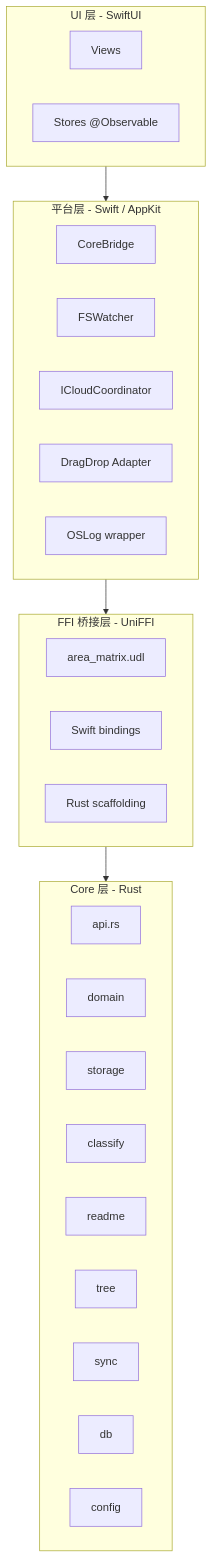
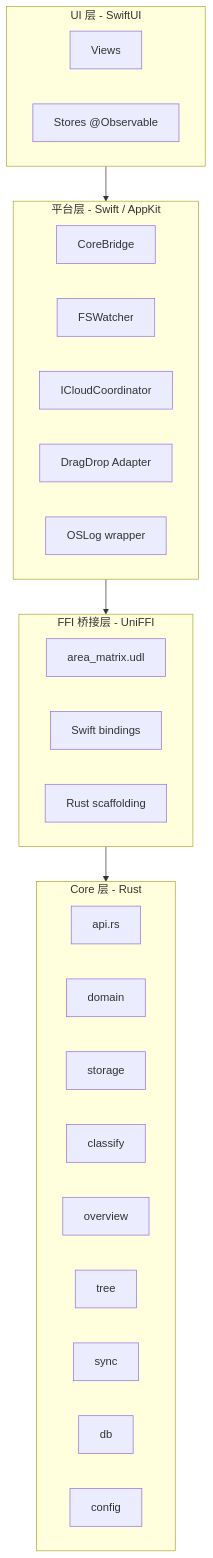
One commit to AreaSong/AreaMatrix changed the first of 5 diagrams in docs/architecture/layered-design.md. Above: the diagram before and after it, drawn with Mermaid. The commit also changed other lines of this file and 38 other files, not shown here.

````diff
--- a/docs/architecture/layered-design.md
+++ b/docs/architecture/layered-design.md
@@ -11,34 +11,34 @@
 ```mermaid
 flowchart TB
     subgraph L4 [UI 层 - SwiftUI]
         Views[Views]
         Stores[Stores @Observable]
     end
     subgraph L3 [平台层 - Swift / AppKit]
         Bridge[CoreBridge]
         FSWatcher[FSWatcher]
         ICloud[ICloudCoordinator]
         DragDrop[DragDrop Adapter]
         Logging[OSLog wrapper]
     end
     subgraph L2 [FFI 桥接层 - UniFFI]
         UDL[area_matrix.udl]
         SwiftBindings[Swift bindings]
         RustScaffolding[Rust scaffolding]
     end
     subgraph L1 [Core 层 - Rust]
         APIRust[api.rs]
         Domain[domain]
         Storage[storage]
         Classify[classify]
-        Readme[readme]
+        Overview[overview]
         Tree[tree]
         Sync[sync]
         DB[db]
         Config[config]
     end
 
     L4 --> L3
     L3 --> L2
     L2 --> L1
 ```
````
